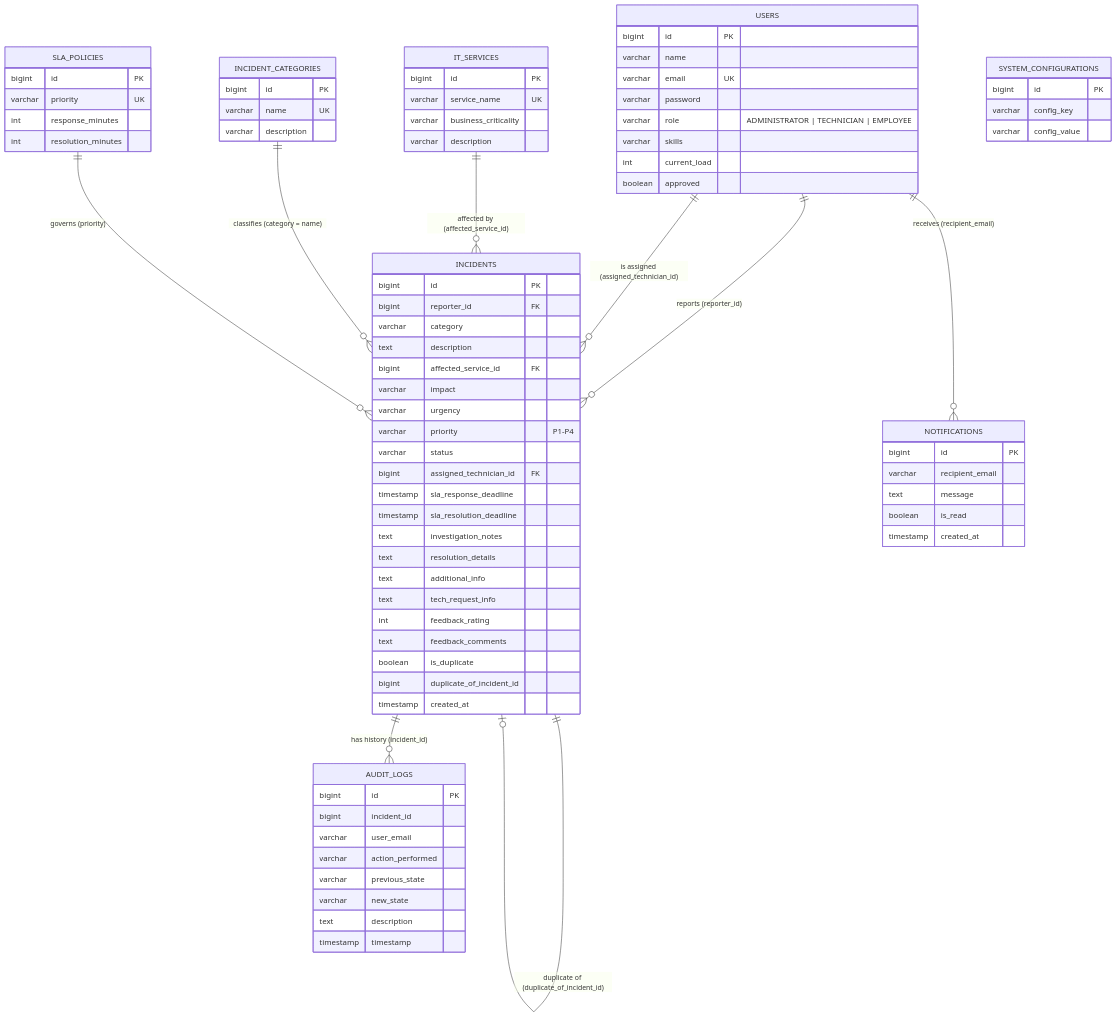
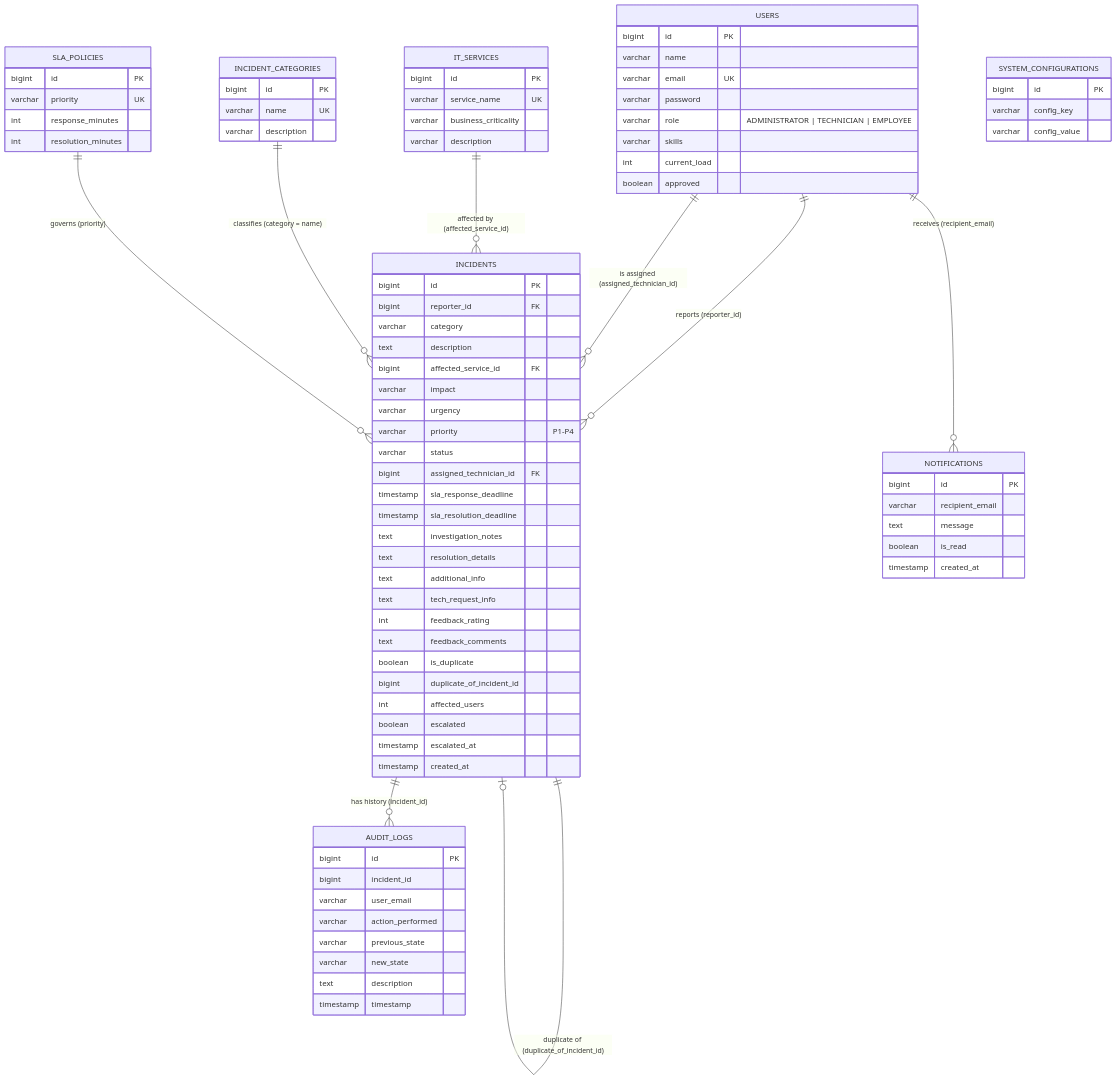
Before and after one commit to likhil-20/OOP_Project: the diagram in docs/database-design.md, drawn with Mermaid. The commit also changed other lines of this file and 6 other files, not shown here.

Commit message:
Implement ERDiagram

```diff
--- a/docs/database-design.md
+++ b/docs/database-design.md
@@ -46,6 +46,9 @@
         text feedback_comments
         boolean is_duplicate
         bigint duplicate_of_incident_id
+        int affected_users
+        boolean escalated
+        timestamp escalated_at
         timestamp created_at
     }
     IT_SERVICES {
```
